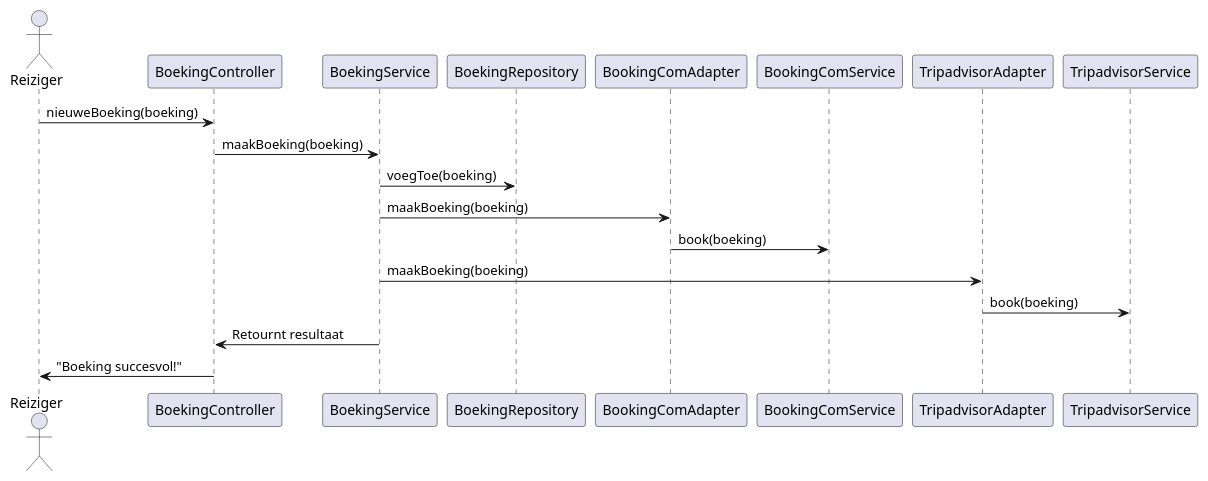
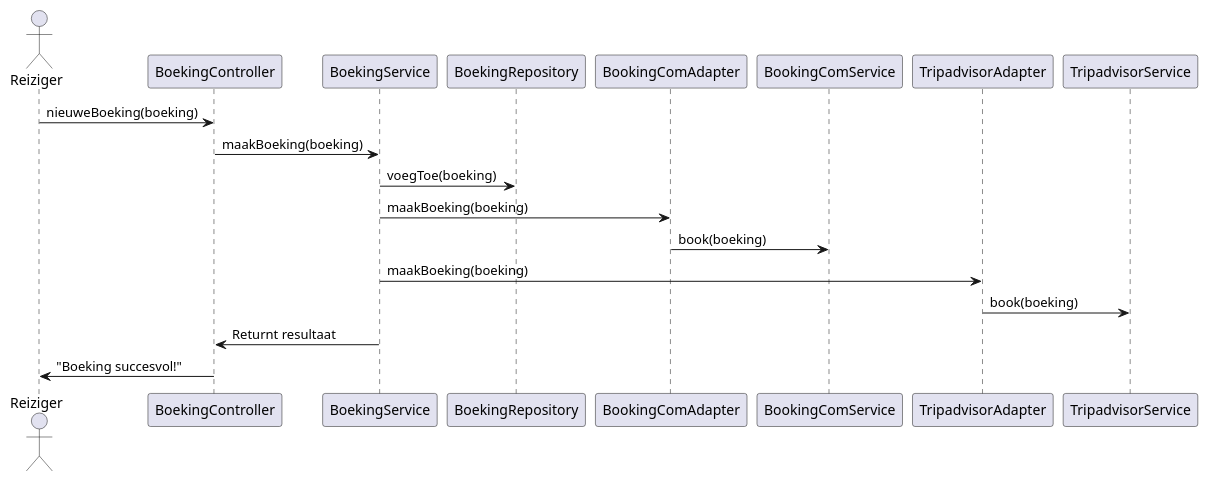
The diagram in W3/Diagrammen/ClassD/SequenceD/SequentieDiagramQuinn.puml (AIM-ENE-feb25/triptop-sqr-tech), drawn with PlantUML before and after one commit.

Commit message:
spelfout aangepast

```diff
--- a/W3/Diagrammen/ClassD/SequenceD/SequentieDiagramQuinn.puml
+++ b/W3/Diagrammen/ClassD/SequenceD/SequentieDiagramQuinn.puml
@@ -1,23 +1,23 @@
 @startuml
 'https://plantuml.com/sequence-diagram
 
 actor Reiziger
 participant BoekingController
 participant BoekingService
 participant BoekingRepository
 participant BookingComAdapter
 participant BookingComService
 participant TripadvisorAdapter
 participant TripadvisorService
 
 Reiziger -> BoekingController: nieuweBoeking(boeking)
 BoekingController -> BoekingService: maakBoeking(boeking)
 BoekingService -> BoekingRepository: voegToe(boeking)
 BoekingService -> BookingComAdapter: maakBoeking(boeking)
 BookingComAdapter -> BookingComService: book(boeking)
 BoekingService -> TripadvisorAdapter: maakBoeking(boeking)
 TripadvisorAdapter -> TripadvisorService: book(boeking)
-BoekingService -> BoekingController: Retournt resultaat
+BoekingService -> BoekingController: Returnt resultaat
 BoekingController -> Reiziger: "Boeking succesvol!"
 
 @enduml
```
